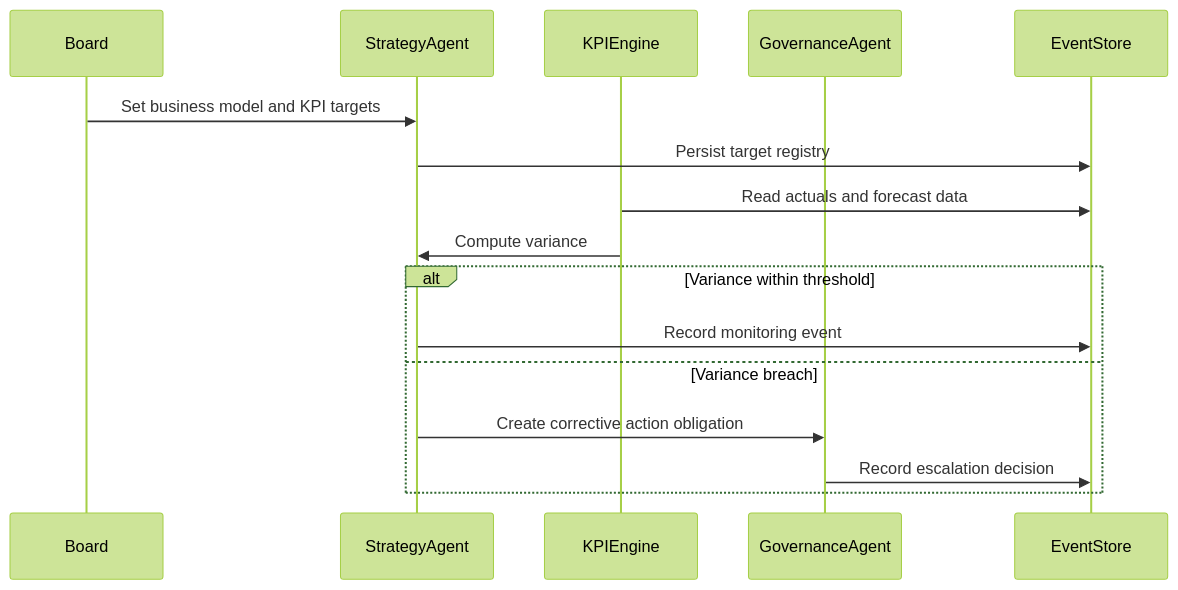
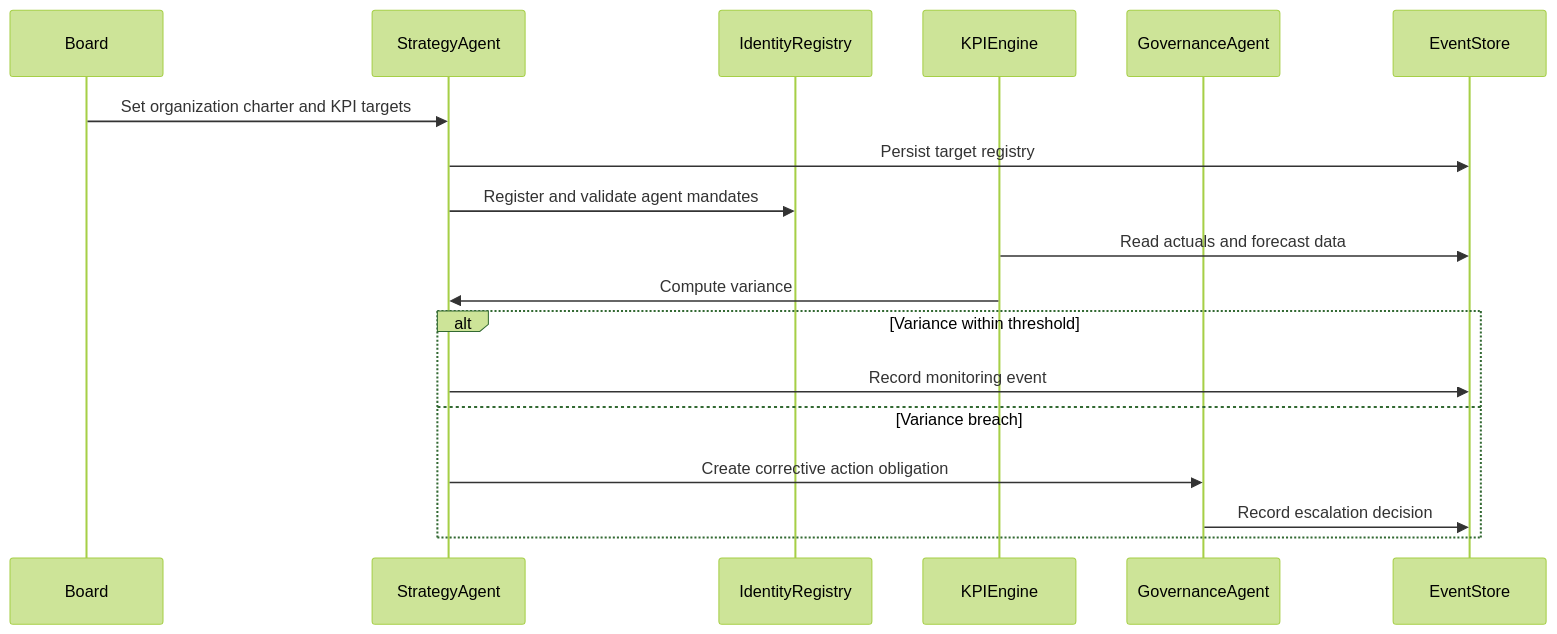
The first of 10 diagrams in docs/sequence-diagrams-user-journeys.md (zavora-ai/zavora-erp), drawn with Mermaid (forest theme) before and after one commit. The commit also changed other lines of this file and 7 other files, not shown here.

Commit message:
docs: add organization charter and agent identity registry

````diff
--- a/docs/sequence-diagrams-user-journeys.md
+++ b/docs/sequence-diagrams-user-journeys.md
@@ -14,19 +14,21 @@
 ```mermaid
 sequenceDiagram
     participant Board
     participant StrategyAgent
+    participant IdentityRegistry
     participant KPIEngine
     participant GovernanceAgent
     participant EventStore
 
-    Board->>StrategyAgent: Set business model and KPI targets
+    Board->>StrategyAgent: Set organization charter and KPI targets
     StrategyAgent->>EventStore: Persist target registry
+    StrategyAgent->>IdentityRegistry: Register and validate agent mandates
     KPIEngine->>EventStore: Read actuals and forecast data
     KPIEngine->>StrategyAgent: Compute variance
     alt Variance within threshold
         StrategyAgent->>EventStore: Record monitoring event
     else Variance breach
         StrategyAgent->>GovernanceAgent: Create corrective action obligation
         GovernanceAgent->>EventStore: Record escalation decision
     end
 ```
````
